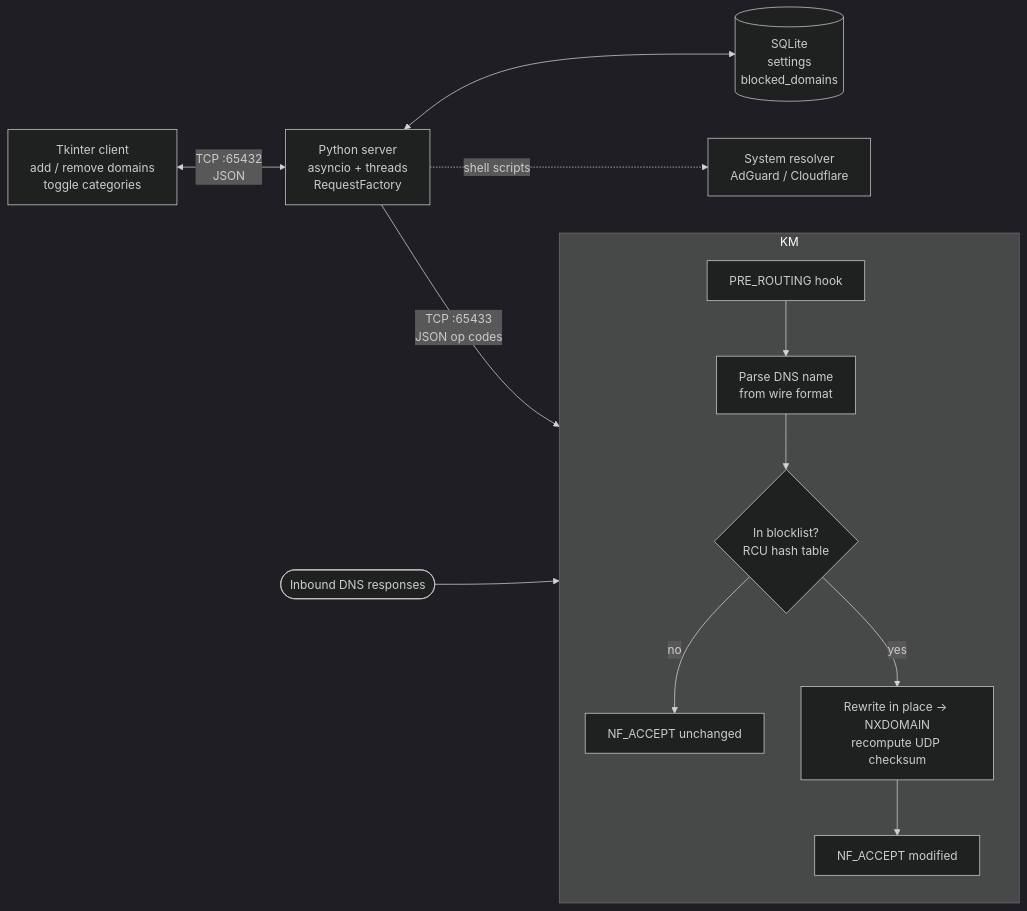
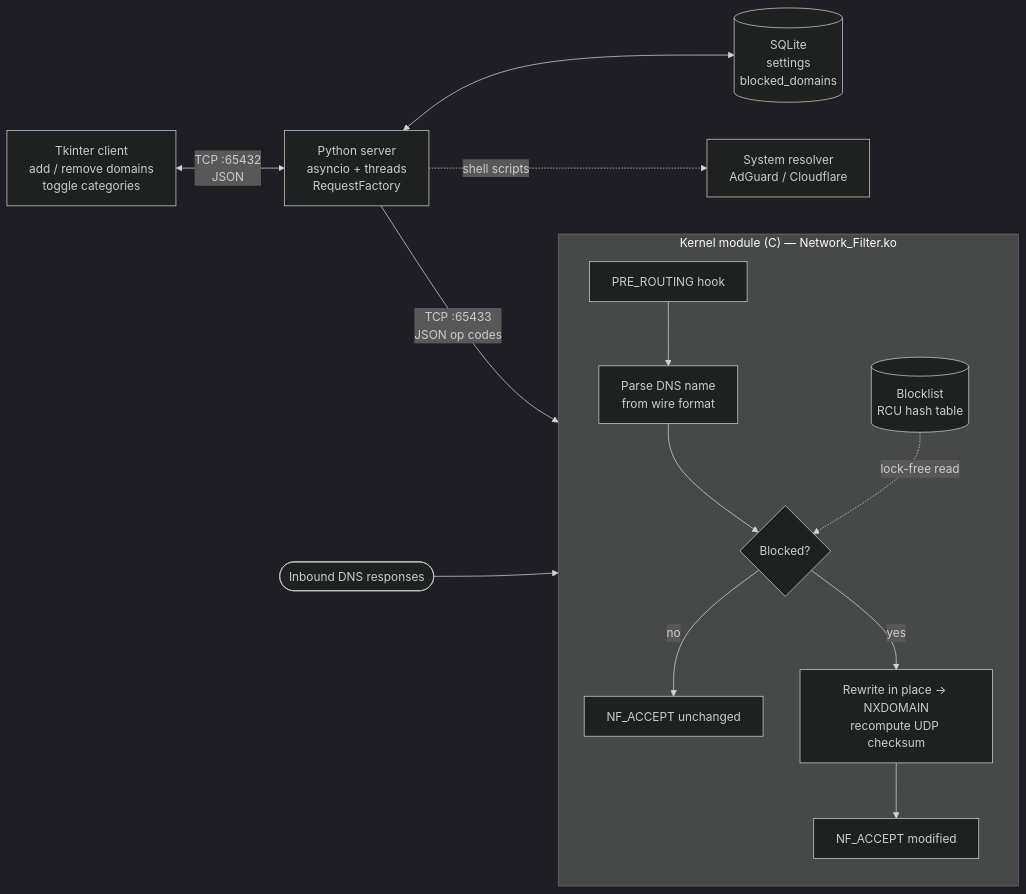
One commit to pazMenachem/My_Internet changed the diagram in README.md. Above: the diagram before and after it, drawn with Mermaid (dark theme).

Commit message:
Fix diagram: kernel module was both a node and a subgraph id
Mermaid rejects an id used as both. Renamed the subgraph and split the
blocklist into its own node so the control-plane arrow points at the
data it updates rather than at the packet path.

````diff
--- a/README.md
+++ b/README.md
@@ -11,23 +11,25 @@
 ```mermaid
 flowchart LR
     GUI["Tkinter client<br/>add / remove domains<br/>toggle categories"]
     SRV["Python server<br/>asyncio + threads<br/>RequestFactory"]
     DB[("SQLite<br/>settings<br/>blocked_domains")]
-    KM["Kernel module (C)<br/>Network_Filter.ko"]
     NET(["Inbound DNS responses"])
+    DNSCFG["System resolver<br/>AdGuard / Cloudflare"]
 
     GUI <-->|"TCP :65432<br/>JSON"| SRV
     SRV <--> DB
-    SRV -->|"TCP :65433<br/>JSON op codes"| KM
-    SRV -.->|"shell scripts"| DNSCFG["System resolver<br/>AdGuard / Cloudflare"]
+    SRV -->|"TCP :65433<br/>JSON op codes"| CACHE
+    SRV -.->|"shell scripts"| DNSCFG
 
     NET --> HOOK
-    subgraph KM
+
+    subgraph KMOD["Kernel module (C) — Network_Filter.ko"]
         direction TB
         HOOK["PRE_ROUTING hook"] --> PARSE["Parse DNS name<br/>from wire format"]
-        PARSE --> LOOK{"In blocklist?<br/>RCU hash table"}
+        PARSE --> LOOK{"Blocked?"}
+        CACHE[("Blocklist<br/>RCU hash table")] -.->|"lock-free read"| LOOK
         LOOK -->|no| PASS["NF_ACCEPT unchanged"]
         LOOK -->|yes| REWRITE["Rewrite in place → NXDOMAIN<br/>recompute UDP checksum"]
         REWRITE --> PASS2["NF_ACCEPT modified"]
     end
 ```
````
